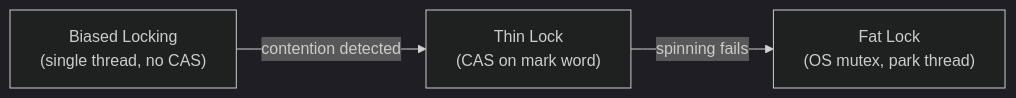
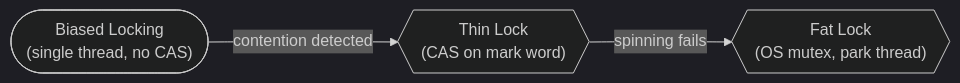
One commit to saivamsikaruturi/vamsilabs-dev-notes-main changed the fifth of 9 diagrams in docs/java/MultiThreading.md. Above: the diagram before and after it, drawn with Mermaid (dark theme). The commit also changed other lines of this file and 146 other files, not shown here.

Commit message:
Horizontal diagrams, UML class diagrams, typography overhaul, and permalink cleanup

````diff
--- a/docs/java/MultiThreading.md
+++ b/docs/java/MultiThreading.md
@@ -391,5 +393,5 @@
 ```mermaid
 flowchart LR
-    B["Biased Locking<br/>(single thread, no CAS)"] -->|contention detected| T["Thin Lock<br/>(CAS on mark word)"]
-    T -->|spinning fails| F["Fat Lock<br/>(OS mutex, park thread)"]
+    B(["Biased Locking<br/>(single thread, no CAS)"]) -->|contention detected| T{{"Thin Lock<br/>(CAS on mark word)"}}
+    T -->|spinning fails| F{{"Fat Lock<br/>(OS mutex, park thread)"}}
 ```
````
